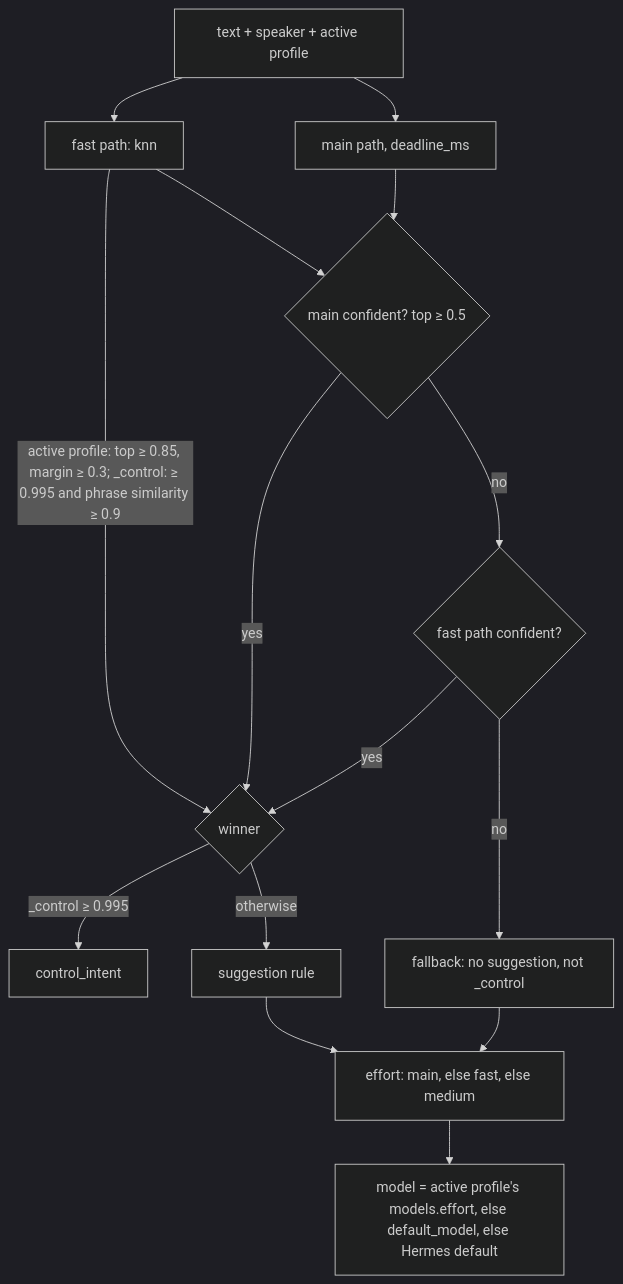
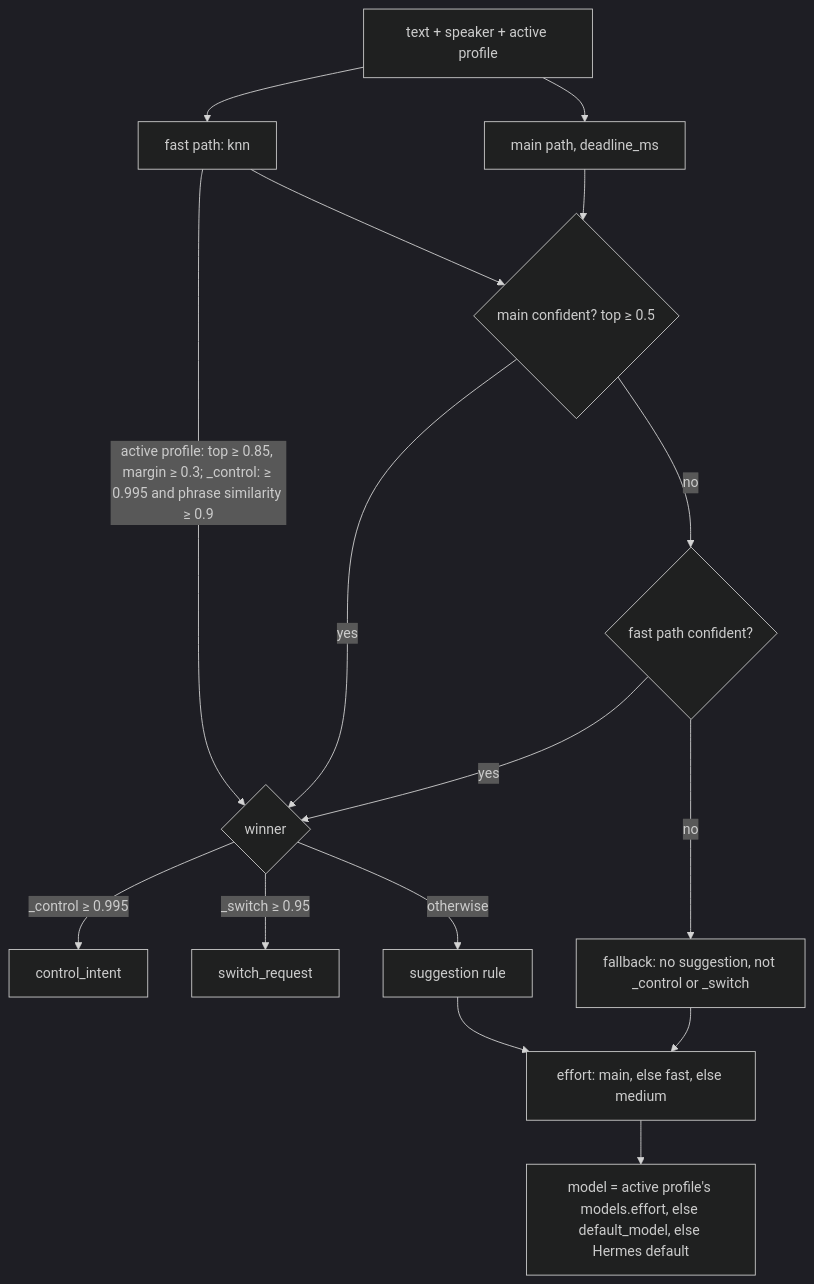
Before and after one commit to robsgreen/hermes-duplex: the fourth of 4 diagrams in docs/system/architecture.md, drawn with Mermaid (dark theme). The commit also changed other lines of this file and 30 other files, not shown here.

````diff
--- a/docs/system/architecture.md
+++ b/docs/system/architecture.md
@@ -272,17 +279,18 @@
 ```mermaid
 flowchart TD
   T[text + speaker + active profile] --> K[fast path: knn]
   T --> D[main path, deadline_ms]
   K -->|active profile: top ≥ 0.85, margin ≥ 0.3; _control: ≥ 0.995 and phrase similarity ≥ 0.9| W
   D --> C{main confident? top ≥ 0.5}
   K --> C
   C -- yes --> W{winner}
   C -- no --> F{fast path confident?}
   F -- yes --> W
-  F -- no --> N[fallback: no suggestion, not _control]
+  F -- no --> N[fallback: no suggestion, not _control or _switch]
   W -- _control ≥ 0.995 --> X[control_intent]
+  W -- _switch ≥ 0.95 --> Y[switch_request]
   W -- otherwise --> S[suggestion rule]
   N --> E[effort: main, else fast, else medium]
   S --> E
   E --> M[model = active profile's models.effort, else default_model, else Hermes default]
 ```
````
